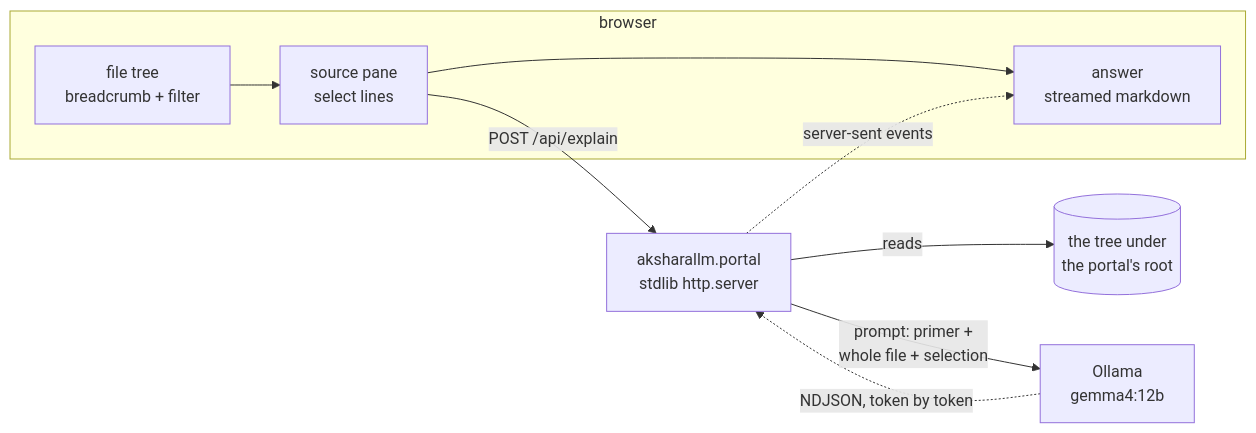
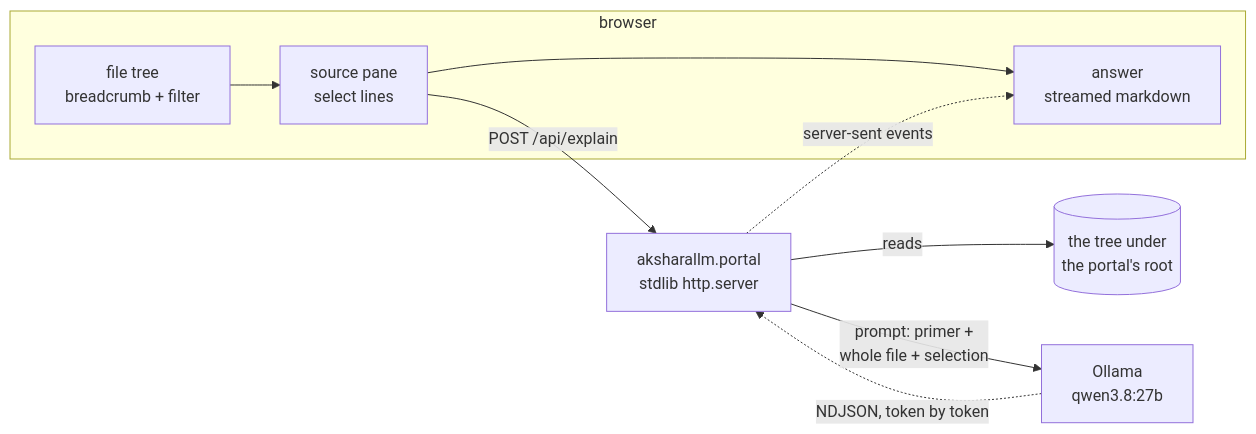
The sixth of 7 diagrams in docs/08-scaling.md (kunwarmahen/aksharallm), drawn with Mermaid before and after one commit. The commit also changed other lines of this file and 31 other files, not shown here.

````diff
--- a/docs/08-scaling.md
+++ b/docs/08-scaling.md
@@ -594,12 +594,12 @@
 ```mermaid
 flowchart LR
     subgraph browser
         F[file tree<br/>breadcrumb + filter] --> S[source pane<br/>select lines]
         S --> A[answer<br/>streamed markdown]
     end
     S -->|POST /api/explain| P[aksharallm.portal<br/>stdlib http.server]
     P -->|reads| D[(the tree under<br/>the portal's root)]
-    P -->|prompt: primer +<br/>whole file + selection| O[Ollama<br/>gemma4:12b]
+    P -->|prompt: primer +<br/>whole file + selection| O[Ollama<br/>qwen3.8:27b]
     O -.->|NDJSON, token by token| P
     P -.->|server-sent events| A
 ```
````
